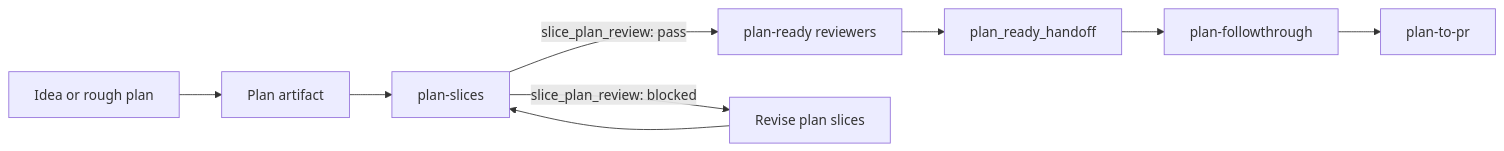
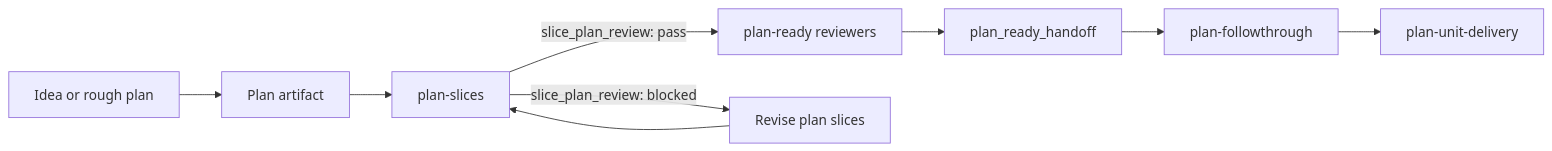
One commit to renehernandez/ai changed the diagram in docs/plans/plan-slices-skill.md. Above: the diagram before and after it, drawn with Mermaid. The commit also changed other lines of this file and 25 other files, not shown here.

Commit message:
Rename plan to PR to plan unit delivery

````diff
--- a/docs/plans/plan-slices-skill.md
+++ b/docs/plans/plan-slices-skill.md
@@ -39,11 +39,11 @@
 ```mermaid
 flowchart LR
   idea[Idea or rough plan] --> plan[Plan artifact]
   plan --> slices[plan-slices]
   slices -->|slice_plan_review: pass| ready[plan-ready reviewers]
   slices -->|slice_plan_review: blocked| revise[Revise plan slices]
   revise --> slices
   ready --> handoff[plan_ready_handoff]
   handoff --> followthrough[plan-followthrough]
-  followthrough --> delivery[plan-to-pr]
+  followthrough --> delivery[plan-unit-delivery]
 ```
````
